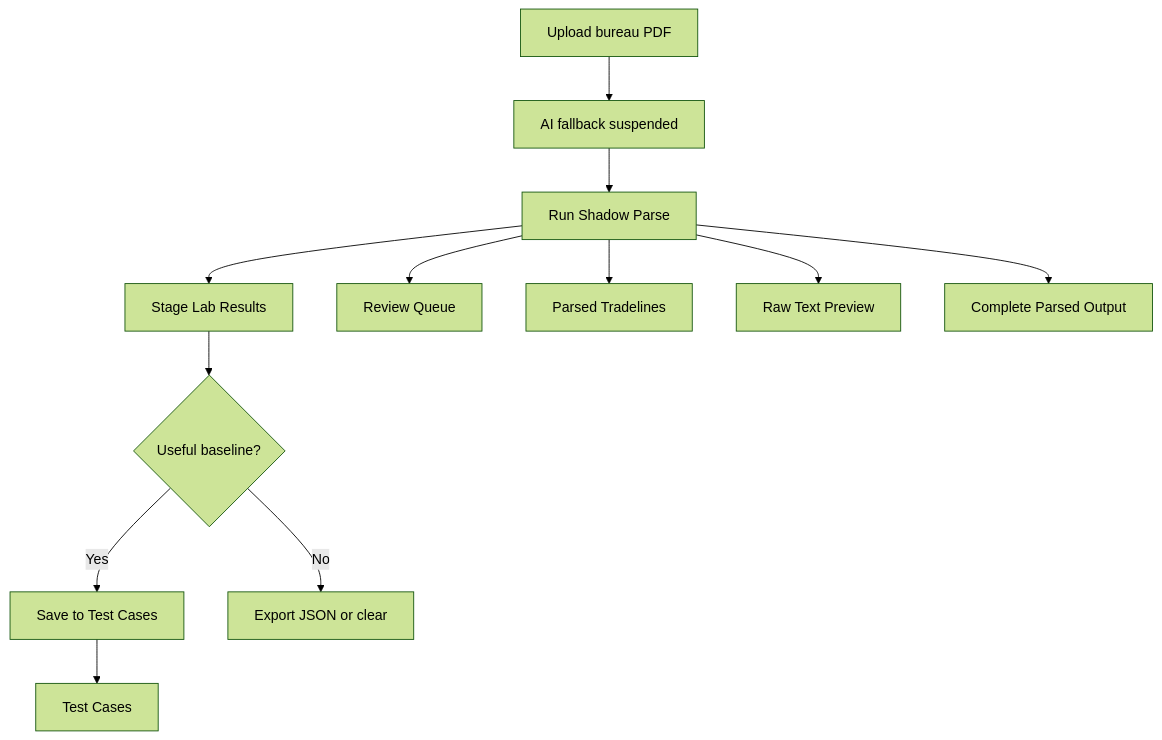
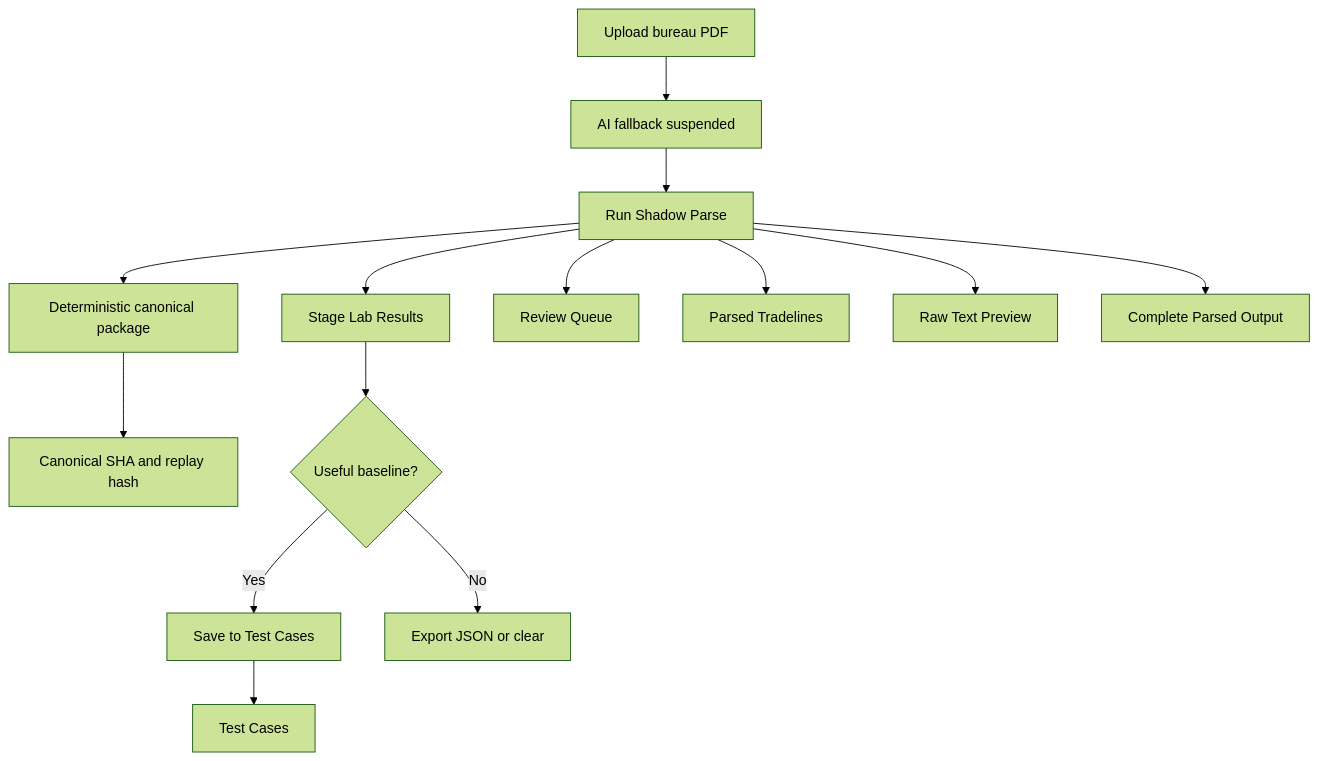
Before and after one commit to dpwebb/creditregulatorpro-prod: the fourth of 7 diagrams in docs/admin-parser-testing-environment-operations-manual.md, drawn with Mermaid (forest theme). The commit also changed other lines of this file, not shown here.

Commit message:
Update admin manual for deterministic ingestion

````diff
--- a/docs/admin-parser-testing-environment-operations-manual.md
+++ b/docs/admin-parser-testing-environment-operations-manual.md
@@ -322,14 +361,16 @@
 ```mermaid
 flowchart TB
   Upload["Upload bureau PDF"] --> Suspended["AI fallback suspended"]
   Suspended --> Run["Run Shadow Parse"]
+  Run --> Pipeline["Deterministic canonical package"]
+  Pipeline --> Hashes["Canonical SHA and replay hash"]
   Run --> Results["Stage Lab Results"]
   Run --> Review["Review Queue"]
   Run --> Tradelines["Parsed Tradelines"]
   Run --> Raw["Raw Text Preview"]
   Run --> Audit["Complete Parsed Output"]
   Results --> Decision{"Useful baseline?"}
   Decision -->|Yes| Save["Save to Test Cases"]
   Decision -->|No| Export["Export JSON or clear"]
   Save --> TestCases["Test Cases"]
 ```
````
